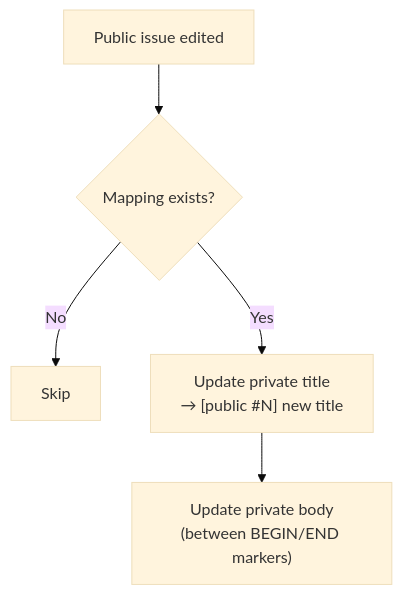
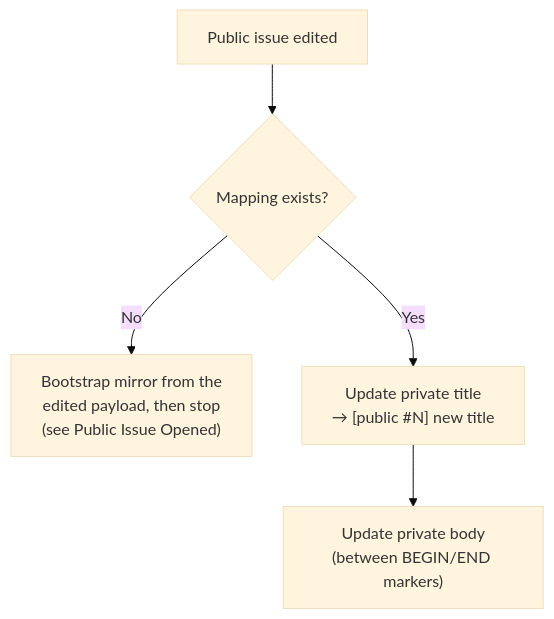
The third of 16 diagrams in FLOWS.md (Magma-Maths/lyrebird), drawn with Mermaid (base theme) before and after one commit. The commit also changed other lines of this file, not shown here.

First line of the commit message:
docs(flows): match the public-event diagrams to the real call graph

````diff
--- a/FLOWS.md
+++ b/FLOWS.md
@@ -47,7 +48,7 @@
 ```mermaid
 flowchart TD
     A["Public issue edited"] --> B{"Mapping exists?"}
-    B -- No --> Z["Skip"]
+    B -- No --> Z["Bootstrap mirror from the<br/>edited payload, then stop<br/>(see Public Issue Opened)"]
     B -- Yes --> C["Update private title<br/>→ [public #N] new title"]
     C --> D["Update private body<br/>(between BEGIN/END markers)"]
 ```
````
